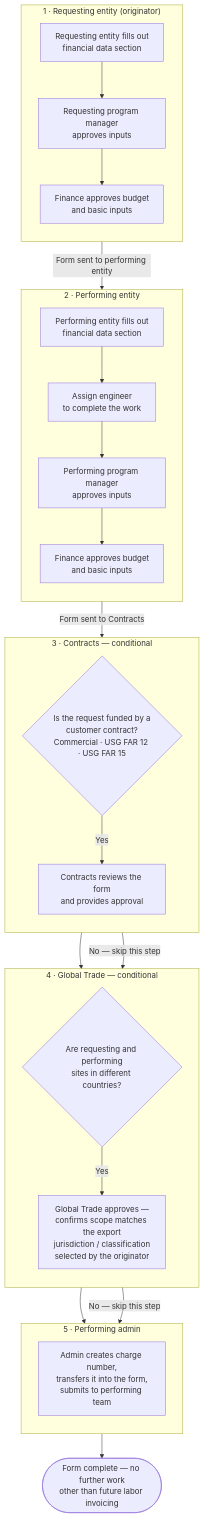
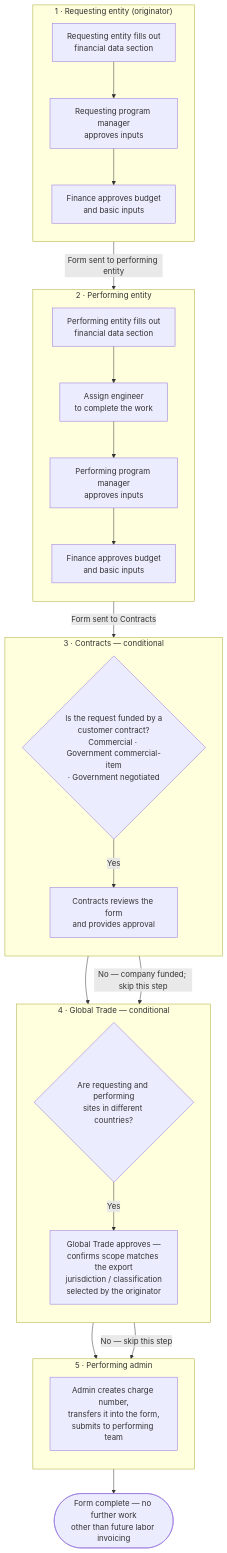
The diagram in docs/process/work-authorization-flow.md (adam-flores/work-auth-process), drawn with Mermaid before and after one commit. The commit also changed other lines of this file and 3 other files, not shown here.

````diff
--- a/docs/process/work-authorization-flow.md
+++ b/docs/process/work-authorization-flow.md
@@ -24,48 +28,48 @@
 ```mermaid
 flowchart TD
     subgraph S1["1 · Requesting entity (originator)"]
         direction TB
         A1["Requesting entity fills out<br/>financial data section"]
         A2["Requesting program manager<br/>approves inputs"]
         A3["Finance approves budget<br/>and basic inputs"]
         A1 --> A2 --> A3
     end
 
     subgraph S2["2 · Performing entity"]
         direction TB
         B1["Performing entity fills out<br/>financial data section"]
         B2["Assign engineer<br/>to complete the work"]
         B3["Performing program manager<br/>approves inputs"]
         B4["Finance approves budget<br/>and basic inputs"]
         B1 --> B2 --> B3 --> B4
     end
 
     subgraph S3["3 · Contracts — conditional"]
         direction TB
-        C1{"Is the request funded by a<br/>customer contract?<br/>Commercial · USG FAR 12 · USG FAR 15"}
+        C1{"Is the request funded by a<br/>customer contract?<br/>Commercial · Government commercial-item<br/>· Government negotiated"}
         C2["Contracts reviews the form<br/>and provides approval"]
         C1 -->|Yes| C2
     end
 
     subgraph S4["4 · Global Trade — conditional"]
         direction TB
         D1{"Are requesting and performing<br/>sites in different countries?"}
         D2["Global Trade approves —<br/>confirms scope matches the export<br/>jurisdiction / classification<br/>selected by the originator"]
         D1 -->|Yes| D2
     end
 
     subgraph S5["5 · Performing admin"]
         direction TB
         E1["Admin creates charge number,<br/>transfers it into the form,<br/>submits to performing team"]
     end
 
     DONE(["Form complete — no further work<br/>other than future labor invoicing"])
 
     A3 -->|Form sent to performing entity| B1
     B4 -->|Form sent to Contracts| C1
     C2 --> D1
-    C1 -->|No — skip this step| D1
+    C1 -->|"No — company funded; skip this step"| D1
     D2 --> E1
     D1 -->|No — skip this step| E1
     E1 --> DONE
 ```
````
